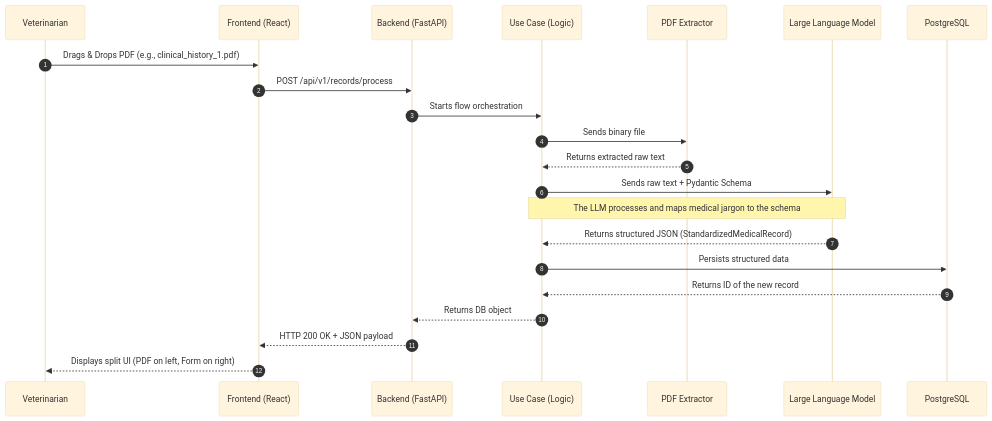
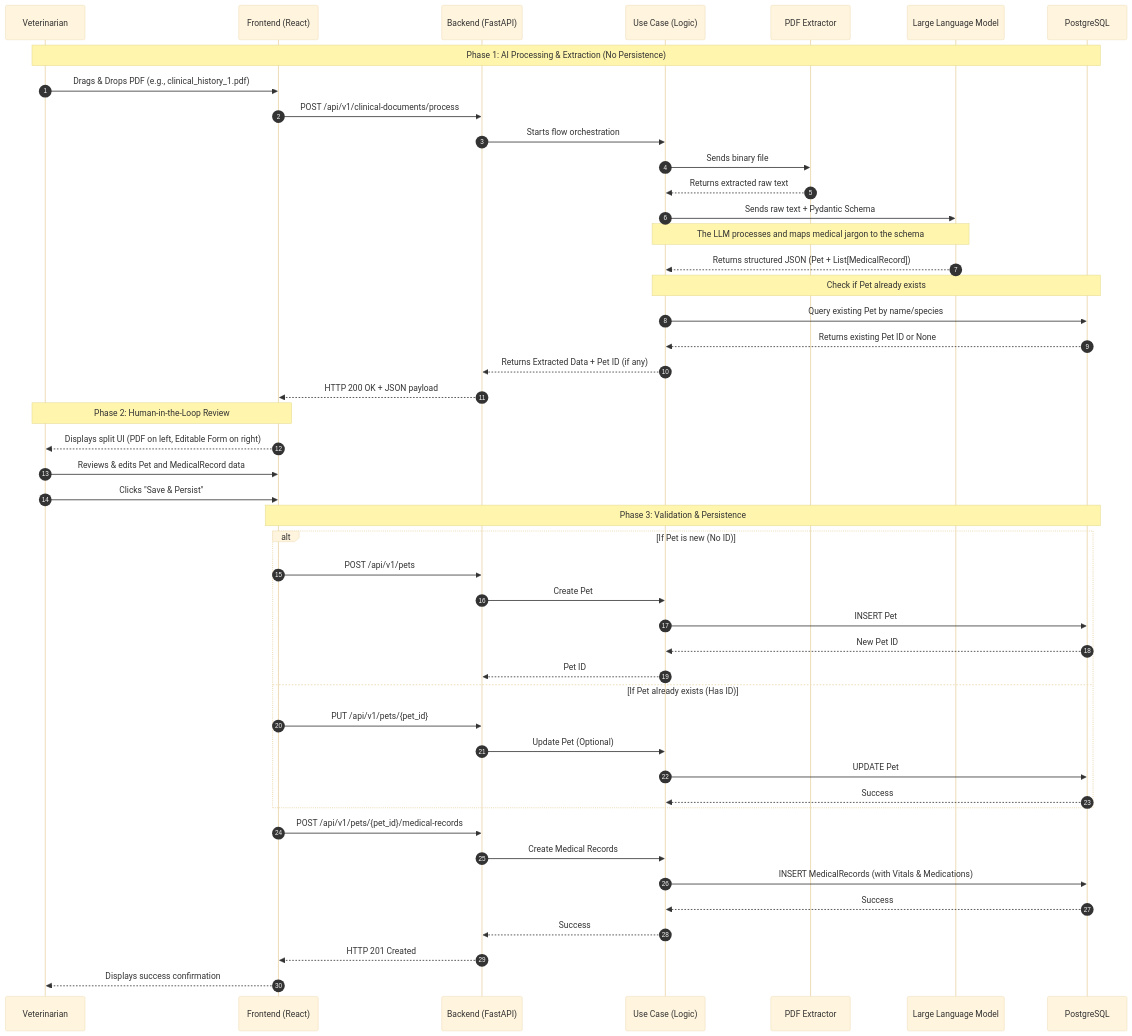
The diagram in design/sequence.md (nicolasdiez/vet-medical-record-processor), drawn with Mermaid (base theme) before and after one commit. The commit also changed 7 other files, not shown here.

Commit message:
feat: design API REST contracts and mock endpoints for Human-in-the-Loop flow

````diff
--- a/design/sequence.md
+++ b/design/sequence.md
@@ -1,30 +1,62 @@
 ```mermaid
 sequenceDiagram
     autonumber
+    
     participant User as Veterinarian
     participant FE as Frontend (React)
     participant API as Backend (FastAPI)
     participant Core as Use Case (Logic)
     participant PDF as PDF Extractor
     participant LLM as Large Language Model
     participant DB as PostgreSQL
 
+    Note over User, DB: Phase 1: AI Processing & Extraction (No Persistence)
+    
     User->>FE: Drags & Drops PDF (e.g., clinical_history_1.pdf)
-    FE->>API: POST /api/v1/records/process
+    FE->>API: POST /api/v1/clinical-documents/process
     API->>Core: Starts flow orchestration
     
     Core->>PDF: Sends binary file
     PDF-->>Core: Returns extracted raw text
     
     Core->>LLM: Sends raw text + Pydantic Schema
     Note over Core,LLM: The LLM processes and maps medical jargon to the schema
-    LLM-->>Core: Returns structured JSON (StandardizedMedicalRecord)
+    LLM-->>Core: Returns structured JSON (Pet + List[MedicalRecord])
     
-    Core->>DB: Persists structured data
-    DB-->>Core: Returns ID of the new record
+    Note over Core, DB: Check if Pet already exists
+    Core->>DB: Query existing Pet by name/species
+    DB-->>Core: Returns existing Pet ID or None
     
-    Core-->>API: Returns DB object
+    Core-->>API: Returns Extracted Data + Pet ID (if any)
     API-->>FE: HTTP 200 OK + JSON payload
     
-    FE-->>User: Displays split UI (PDF on left, Form on right)
+    Note over User, FE: Phase 2: Human-in-the-Loop Review
+    
+    FE-->>User: Displays split UI (PDF on left, Editable Form on right)
+    User->>FE: Reviews & edits Pet and MedicalRecord data
+    User->>FE: Clicks "Save & Persist"
+    
+    Note over FE, DB: Phase 3: Validation & Persistence
+    
+    alt If Pet is new (No ID)
+        FE->>API: POST /api/v1/pets
+        API->>Core: Create Pet
+        Core->>DB: INSERT Pet
+        DB-->>Core: New Pet ID
+        Core-->>API: Pet ID
+    else If Pet already exists (Has ID)
+        FE->>API: PUT /api/v1/pets/{pet_id}
+        API->>Core: Update Pet (Optional)
+        Core->>DB: UPDATE Pet
+        DB-->>Core: Success
+    end
+    
+    FE->>API: POST /api/v1/pets/{pet_id}/medical-records
+    API->>Core: Create Medical Records
+    Core->>DB: INSERT MedicalRecords (with Vitals & Medications)
+    DB-->>Core: Success
+    Core-->>API: Success
+    
+    API-->>FE: HTTP 201 Created
+    FE-->>User: Displays success confirmation
 ```
````
